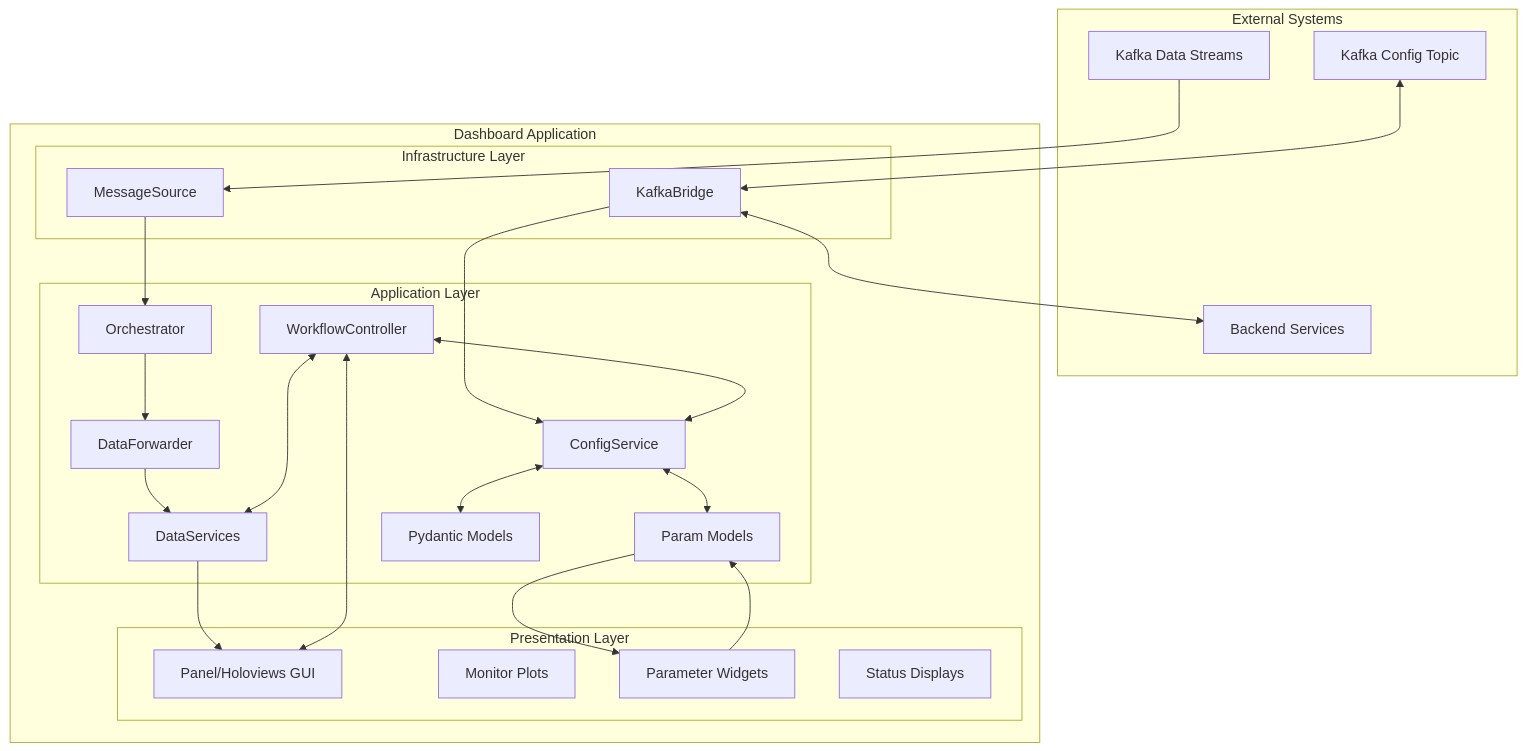
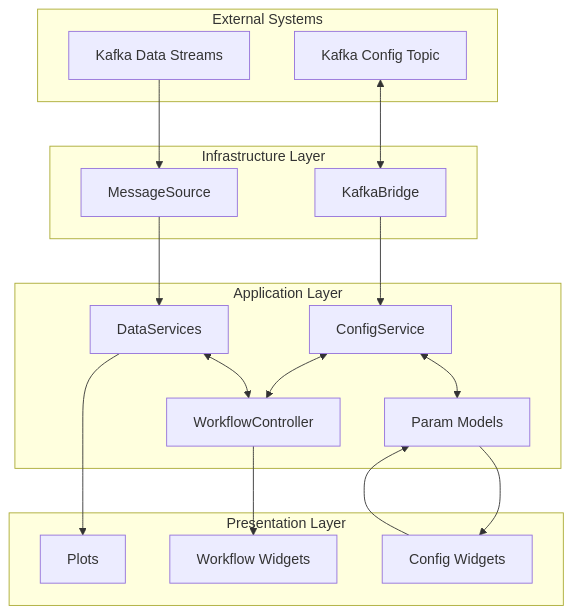
Before and after one commit to scipp/beamlime: the second of 13 diagrams in docs/developer/design/architecture.md, drawn with Mermaid. The commit also changed other lines of this file, not shown here.

````diff
--- a/docs/developer/design/architecture.md
+++ b/docs/developer/design/architecture.md
@@ -72,48 +72,37 @@
 ```mermaid
-graph TB
+graph TD
     subgraph "External Systems"
         K1[Kafka Data Streams]
         K2[Kafka Config Topic]
-        BE[Backend Services]
     end
 
-    subgraph "Dashboard Application"
-        subgraph "Presentation Layer"
-            UI[Panel/Holoviews GUI]
-            W1[Monitor Plots]
-            W2[Parameter Widgets]
-            W3[Status Displays]
-        end
-
-        subgraph "Application Layer"
-            O[Orchestrator]
-            DF[DataForwarder]
-            CS[ConfigService]
-            DS[DataServices]
-            WC[WorkflowController]
-            PM[Param Models]
-            PD[Pydantic Models]
-        end
-
-        subgraph "Infrastructure Layer"
-            KB[KafkaBridge]
-            MS[MessageSource]
-        end
+    subgraph "Infrastructure Layer"
+        KB[KafkaBridge]
+        MS[MessageSource]
     end
 
+    subgraph "Application Layer"
+        CS[ConfigService]
+        DS[DataServices]
+        PM[Param Models]
+        WC[WorkflowController]
+    end
+
+    subgraph "Presentation Layer"
+        W1[Plots]
+        UI[Workflow Widgets]
+        W2[Config Widgets]
+    end
+
+    CS <--> WC
+    DS <--> WC
+    WC --> UI
     K1 --> MS
     K2 <--> KB
-    KB <--> BE
-    MS --> O
+    MS --> DS
+    DS --> W1
     KB --> CS
-    O --> DF
-    DF --> DS
-    DS --> UI
     CS <--> PM
-    CS <--> PD
     PM --> W2
     W2 --> PM
-    WC <--> CS
-    WC <--> DS
-    WC <--> UI
 ```
````
